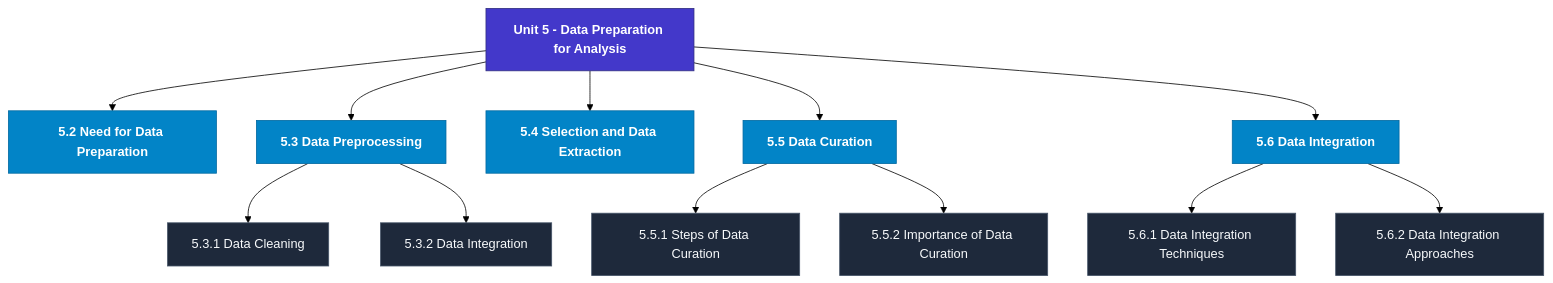
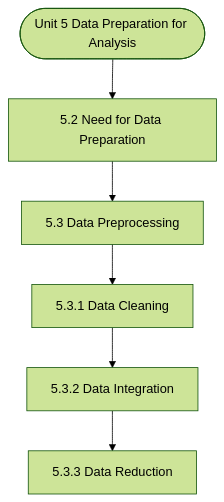
The diagram in notes/Semester_1/MCS-062_Introduction_to_Data_Science/unit_05_Data_Preparation_for_Analysis.md (Asutosh-Coaching/mscdsa), drawn with Mermaid (forest theme) before and after one commit. The commit also changed other lines of this file and 115 other files, not shown here.

Commit message:
Fix Mermaid layout for mobile, isolate LaTeX delimiters, and add GitHub Pages reader

````diff
--- a/notes/Semester_1/MCS-062_Introduction_to_Data_Science/unit_05_Data_Preparation_for_Analysis.md
+++ b/notes/Semester_1/MCS-062_Introduction_to_Data_Science/unit_05_Data_Preparation_for_Analysis.md
@@ -19,31 +19,14 @@
 ```mermaid
 flowchart TD
-  %% Styling Definitions
-  classDef head fill:#4338ca,stroke:#312e81,color:#ffffff,font-weight:bold;
-  classDef topic fill:#0284c7,stroke:#0369a1,color:#ffffff,font-weight:600;
-  classDef sub fill:#1e293b,stroke:#475569,color:#f8fafc;
-
-  Root["Unit 5 - Data Preparation for Analysis"]:::head
-  M1["5.2 Need for Data Preparation"]:::topic
-  Root --> M1
-  M2["5.3 Data Preprocessing"]:::topic
-  Root --> M2
-  M2_1["5.3.1 Data Cleaning"]:::sub
-  M2 --> M2_1
-  M2_2["5.3.2 Data Integration"]:::sub
-  M2 --> M2_2
-  M3["5.4 Selection and Data Extraction"]:::topic
-  Root --> M3
-  M4["5.5 Data Curation"]:::topic
-  Root --> M4
-  M4_1["5.5.1 Steps of Data Curation"]:::sub
-  M4 --> M4_1
-  M4_2["5.5.2 Importance of Data Curation"]:::sub
-  M4 --> M4_2
-  M5["5.6 Data Integration"]:::topic
-  Root --> M5
-  M5_1["5.6.1 Data Integration Techniques"]:::sub
-  M5 --> M5_1
-  M5_2["5.6.2 Data Integration Approaches"]:::sub
-  M5 --> M5_2
+  Start(["Unit 5 Data Preparation for Analysis"])
+  N1["5.2 Need for Data Preparation"]
+  N2["5.3 Data Preprocessing"]
+  N3["5.3.1 Data Cleaning"]
+  N4["5.3.2 Data Integration"]
+  N5["5.3.3 Data Reduction"]
+  Start --> N1
+  N1 --> N2
+  N2 --> N3
+  N3 --> N4
+  N4 --> N5
 ```
````
